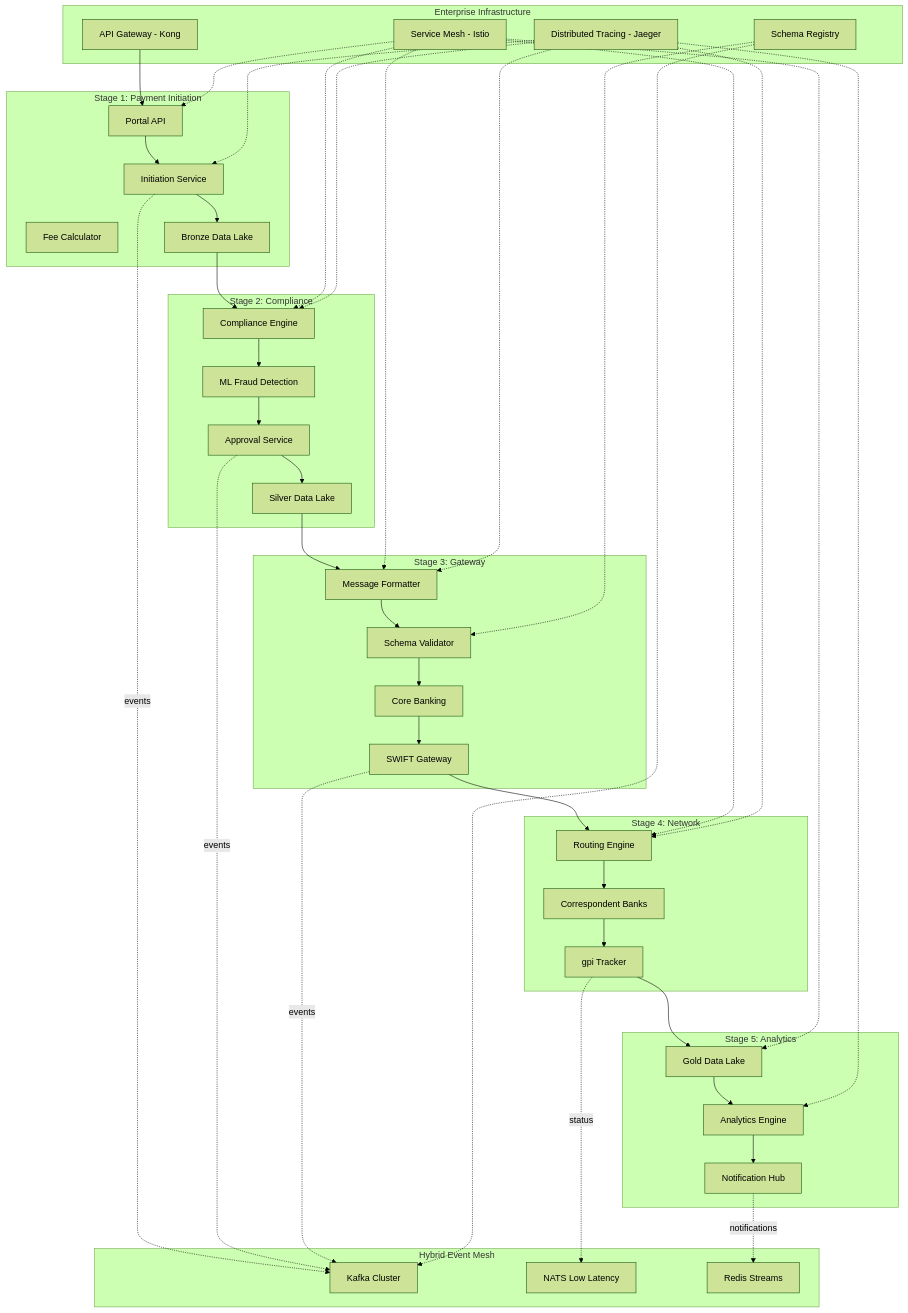
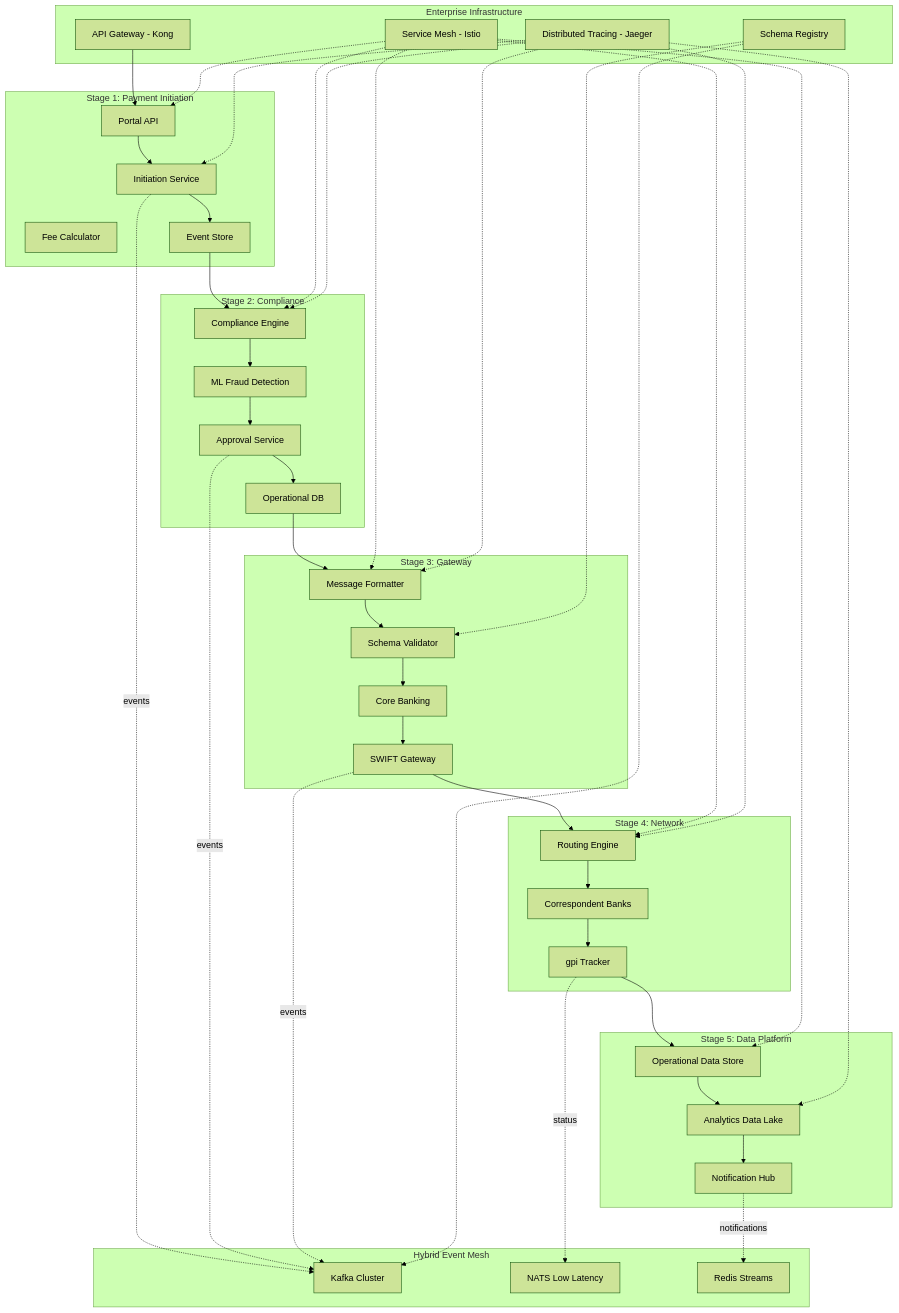
Before and after one commit to calvinlee999/react_next_java_journey: the first of 2 diagrams in docs/level0-cross-border-architecture.md, drawn with Mermaid (forest theme). The commit also changed other lines of this file, not shown here.

First line of the commit message:
MAJOR: Revised architecture from medallion to use case-driven design

```diff
--- a/docs/level0-cross-border-architecture.md
+++ b/docs/level0-cross-border-architecture.md
@@ -43,7 +43,7 @@
         A1[Portal API] 
         A2[Initiation Service]
         A3[Fee Calculator]
-        A4[Bronze Data Lake]
+        A4[Event Store]
     end
 
     %% Stage 2: Compliance
@@ -51,7 +51,7 @@
         B1[Compliance Engine]
         B2[ML Fraud Detection]
         B3[Approval Service]
-        B4[Silver Data Lake]
+        B4[Operational DB]
     end
 
     %% Stage 3: Gateway
@@ -70,9 +70,9 @@
     end
 
     %% Stage 5: Analytics
-    subgraph "Stage 5: Analytics"
-        E1[Gold Data Lake]
-        E2[Analytics Engine]
+    subgraph "Stage 5: Data Platform"
+        E1[Operational Data Store]
+        E2[Analytics Data Lake]
         E3[Notification Hub]
     end
 
```
